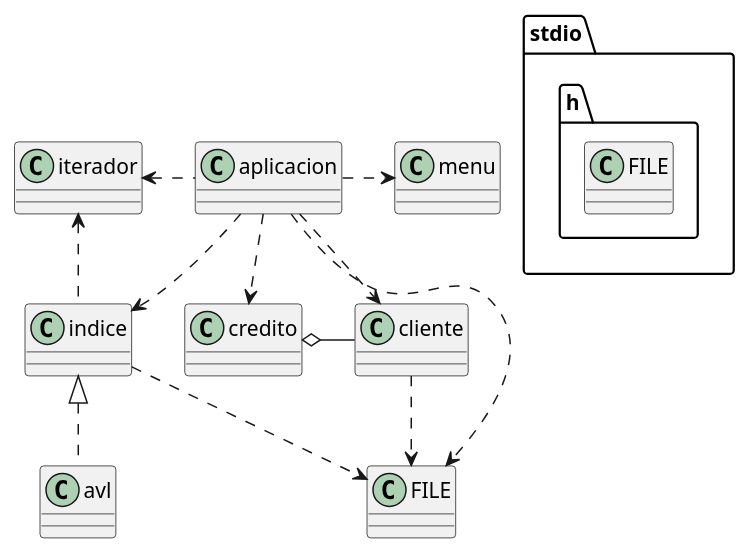
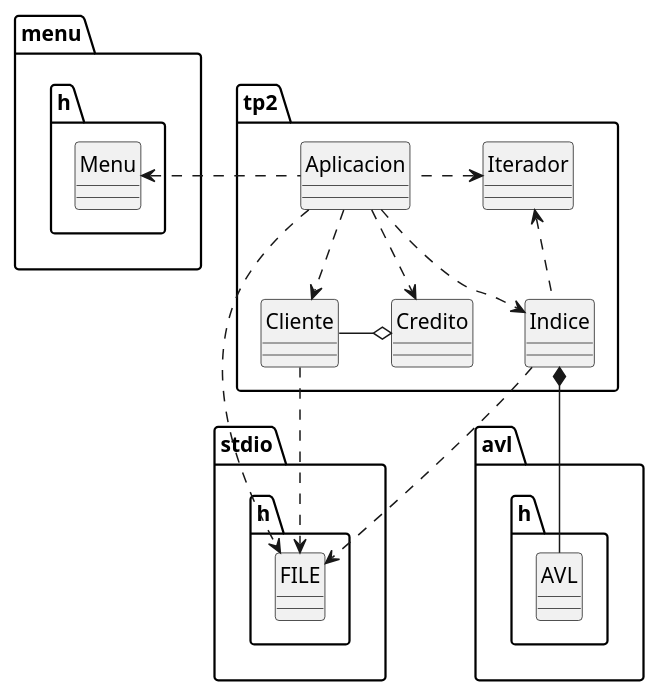
One commit to HeraclitoDeEfeso/TP-final-parte-2 changed the diagram in diagrama.puml. Above: the diagram before and after it, drawn with PlantUML. The commit also changed 3 other files, not shown here.

Commit message:
UML: paquetes y Diagrama de Secuencias

```diff
--- a/diagrama.puml
+++ b/diagrama.puml
@@ -1,28 +1,37 @@
 @startuml
+
+package tp2 <<Folder>> {
+    class Aplicacion
+    class Indice
+    class Cliente
+    class Credito
+    class Iterador
+}
 
 package stdio.h <<Folder>> {
     class FILE
 }
 
-class menu
-class avl
-class cliente
-class indice
-class FILE
-class credito
+package avl.h <<Folder>> {
+    class AVL
+}
 
-aplicacion .right.> menu
-aplicacion ..> indice
-aplicacion ..> FILE
-aplicacion ..> cliente
-aplicacion ..> credito
-cliente -left-o credito
-cliente ..> FILE
-indice ..> FILE
-indice <|.down. avl
-indice .up.> iterador
-aplicacion .left.> iterador
+package menu.h <<Folder>> {
+    class Menu
+}
 
+Aplicacion .left.> Menu
+Aplicacion ..> Indice
+Aplicacion ..> FILE
+Aplicacion ..> Cliente
+Aplicacion ..> Credito
+Cliente -left-o Credito
+Cliente ..> FILE
+Indice ..> FILE
+Indice *-down- AVL
+Indice .up.> Iterador
+Aplicacion .left.> Iterador
 
+hide class circle
 
 @enduml
```
